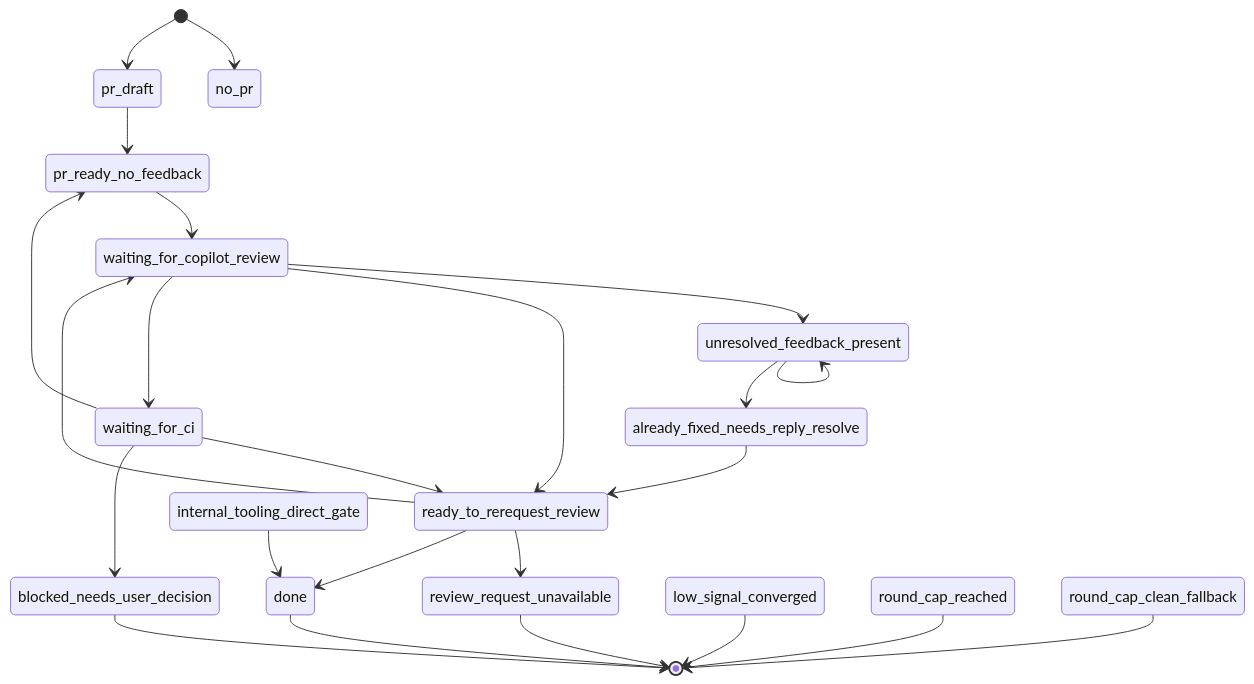
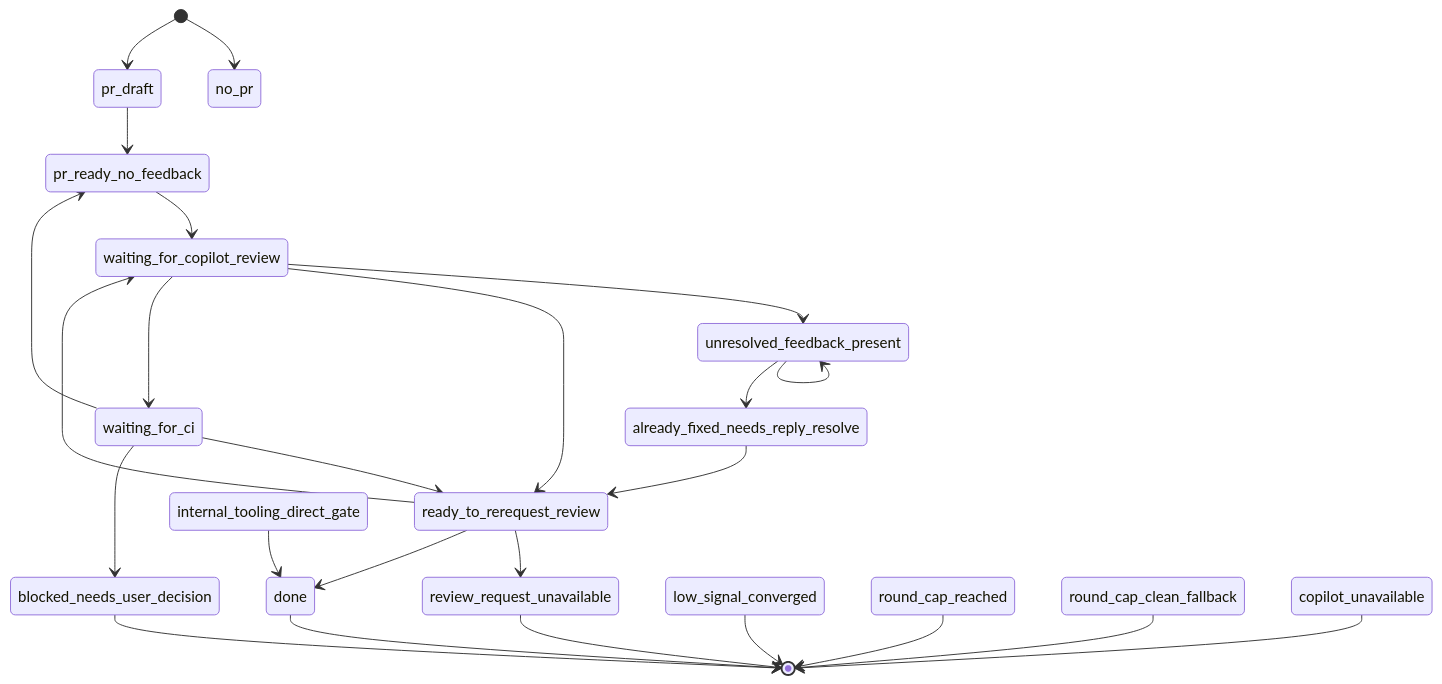
One commit to mfittko/dev-loops changed the sixth of 18 diagrams in docs/atlas/03-state-machines.md. Above: the diagram before and after it, drawn with Mermaid. The commit also changed other lines of this file, not shown here.

````diff
--- a/docs/atlas/03-state-machines.md
+++ b/docs/atlas/03-state-machines.md
@@ -205,26 +205,27 @@
 ```mermaid
 stateDiagram-v2
   [*] --> no_pr
   [*] --> pr_draft
   pr_draft --> pr_ready_no_feedback
   pr_ready_no_feedback --> waiting_for_copilot_review
   waiting_for_copilot_review --> unresolved_feedback_present
   waiting_for_copilot_review --> ready_to_rerequest_review
   waiting_for_copilot_review --> waiting_for_ci
   unresolved_feedback_present --> unresolved_feedback_present
   unresolved_feedback_present --> already_fixed_needs_reply_resolve
   already_fixed_needs_reply_resolve --> ready_to_rerequest_review
   ready_to_rerequest_review --> waiting_for_copilot_review
   ready_to_rerequest_review --> review_request_unavailable
   ready_to_rerequest_review --> done
   waiting_for_ci --> pr_ready_no_feedback
   waiting_for_ci --> ready_to_rerequest_review
   waiting_for_ci --> blocked_needs_user_decision
   internal_tooling_direct_gate --> done
   done --> [*]
   review_request_unavailable --> [*]
   blocked_needs_user_decision --> [*]
   low_signal_converged --> [*]
   round_cap_reached --> [*]
   round_cap_clean_fallback --> [*]
+  copilot_unavailable --> [*]
 ```
````
